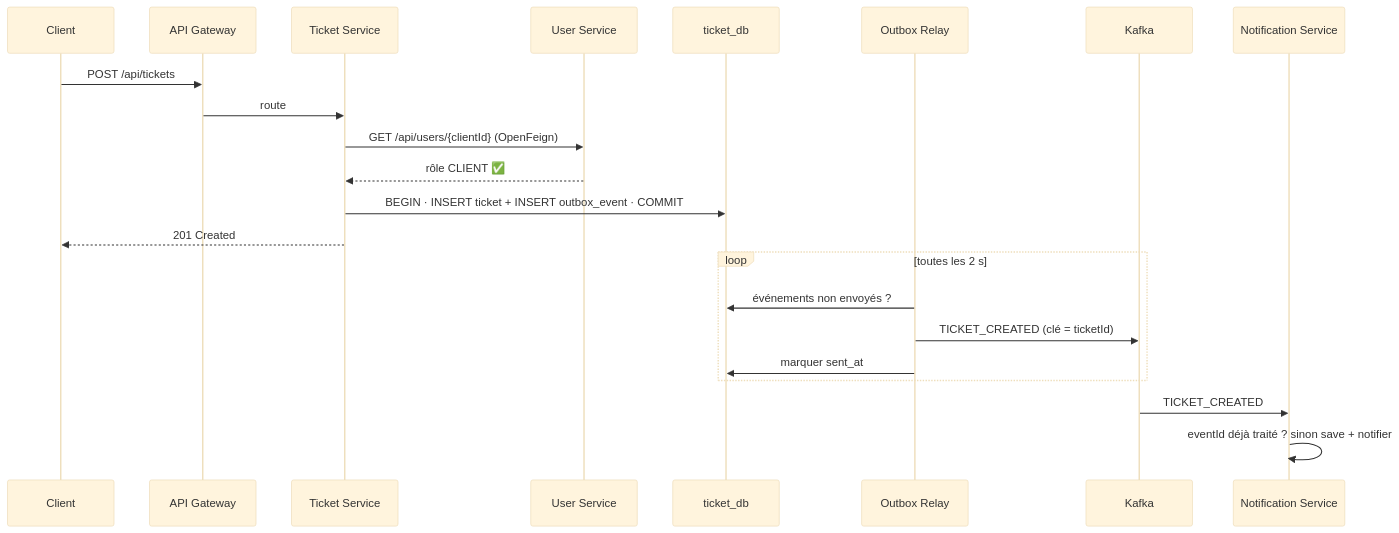
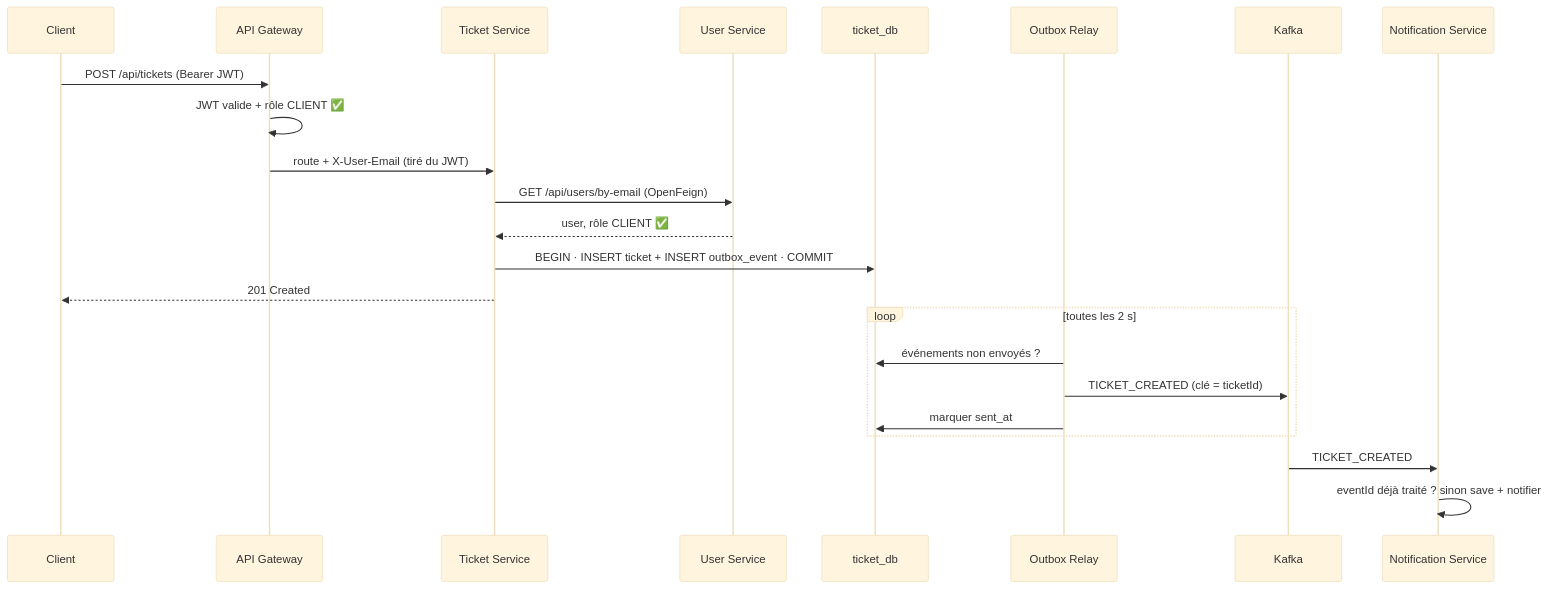
One commit to anasxaz/ticketflow changed the second of 2 diagrams in README.md. Above: the diagram before and after it, drawn with Mermaid (base theme). The commit also changed other lines of this file, not shown here.

````diff
--- a/README.md
+++ b/README.md
@@ -61,25 +94,26 @@
 ```mermaid
 sequenceDiagram
     participant C as Client
     participant GW as API Gateway
     participant TS as Ticket Service
     participant US as User Service
     participant DB as ticket_db
     participant R as Outbox Relay
     participant K as Kafka
     participant NS as Notification Service
 
-    C->>GW: POST /api/tickets
-    GW->>TS: route
-    TS->>US: GET /api/users/{clientId} (OpenFeign)
-    US-->>TS: rôle CLIENT ✅
+    C->>GW: POST /api/tickets (Bearer JWT)
+    GW->>GW: JWT valide + rôle CLIENT ✅
+    GW->>TS: route + X-User-Email (tiré du JWT)
+    TS->>US: GET /api/users/by-email (OpenFeign)
+    US-->>TS: user, rôle CLIENT ✅
     TS->>DB: BEGIN · INSERT ticket + INSERT outbox_event · COMMIT
     TS-->>C: 201 Created
     loop toutes les 2 s
         R->>DB: événements non envoyés ?
         R->>K: TICKET_CREATED (clé = ticketId)
         R->>DB: marquer sent_at
     end
     K->>NS: TICKET_CREATED
     NS->>NS: eventId déjà traité ? sinon save + notifier
 ```
````
